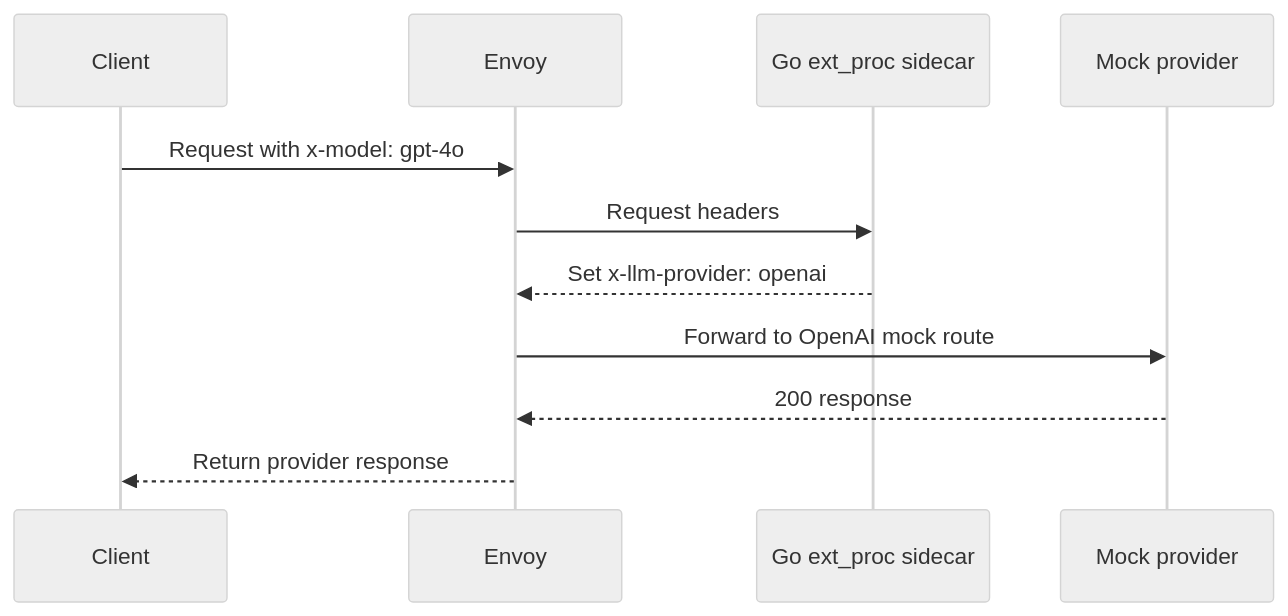
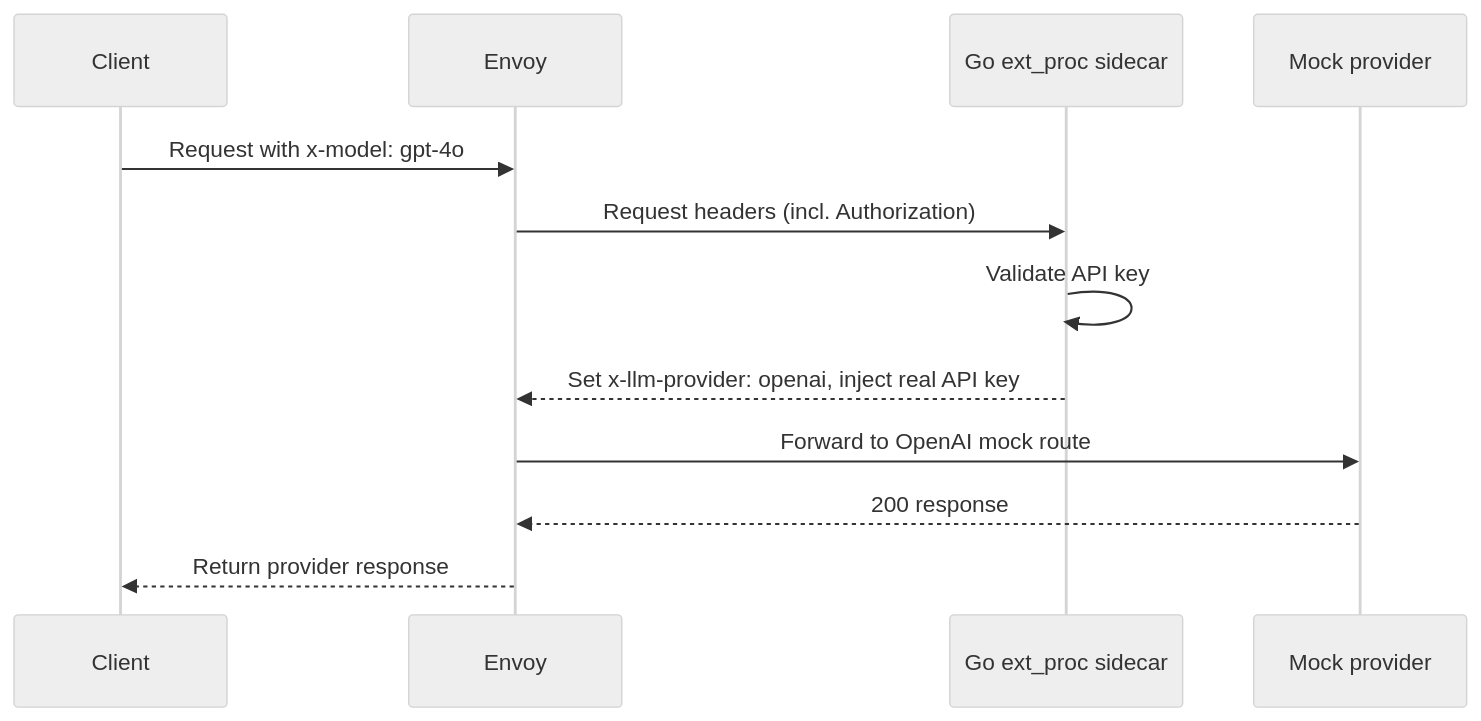
The second of 3 diagrams in README.md (Nyx-abu/llm-gateway), drawn with Mermaid (neutral theme) before and after one commit. The commit also changed other lines of this file and 19 other files, not shown here.

````diff
--- a/README.md
+++ b/README.md
@@ -85,14 +88,15 @@
 ```mermaid
 sequenceDiagram
   participant Client
   participant Envoy
   participant Sidecar as Go ext_proc sidecar
   participant Provider as Mock provider
 
   Client->>Envoy: Request with x-model: gpt-4o
-  Envoy->>Sidecar: Request headers
-  Sidecar-->>Envoy: Set x-llm-provider: openai
+  Envoy->>Sidecar: Request headers (incl. Authorization)
+  Sidecar->>Sidecar: Validate API key
+  Sidecar-->>Envoy: Set x-llm-provider: openai, inject real API key
   Envoy->>Provider: Forward to OpenAI mock route
   Provider-->>Envoy: 200 response
   Envoy-->>Client: Return provider response
 ```
````
